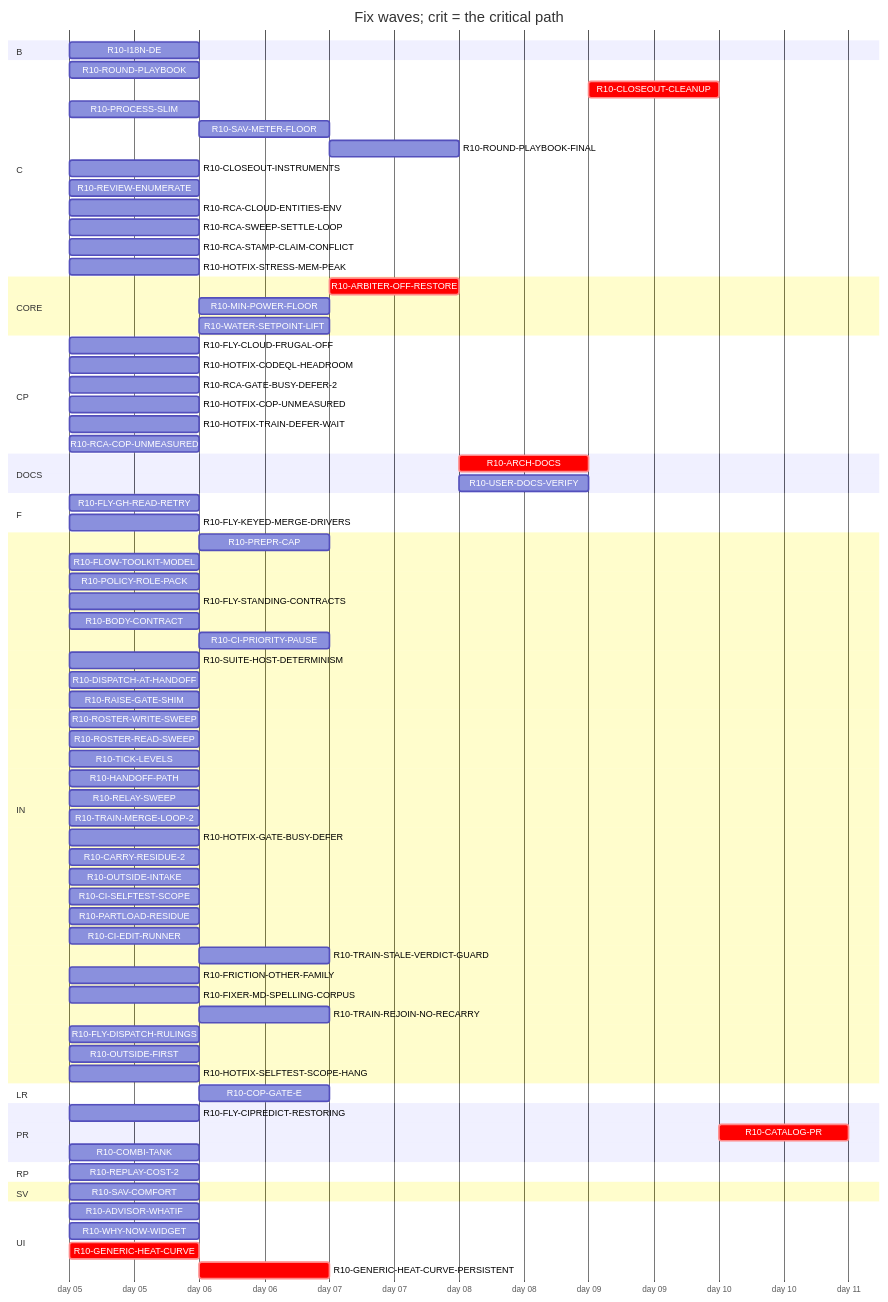
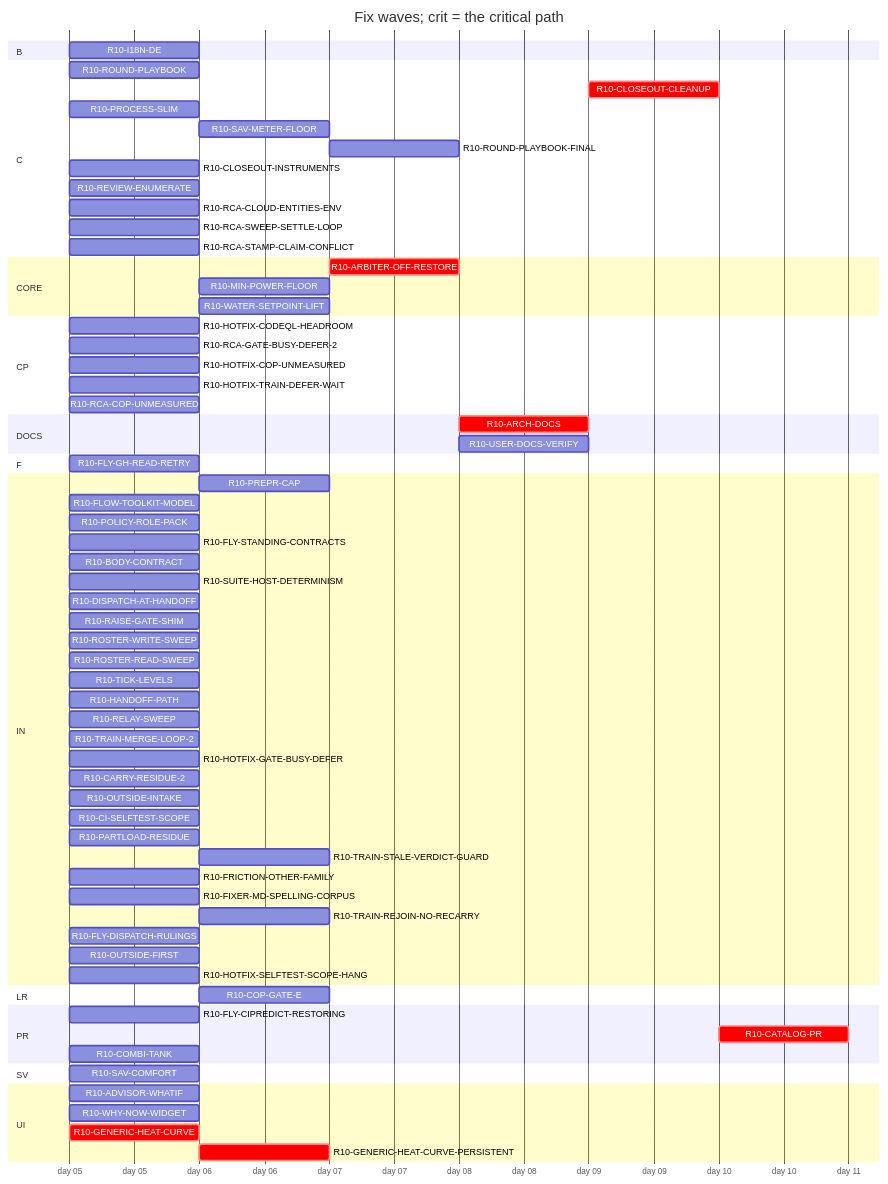
One commit to tvofi/heatpump_optimizer changed the diagram in handoff/round10/state/PLAN-TABLE.md. Above: the diagram before and after it, drawn with Mermaid. The commit also changed other lines of this file and 3 other files, not shown here.

Commit message:
state: FLOW-BOARD.md, NEXT-SESSION-PROMPT.md, PLAN-TABLE.md, RESUME-CURRENT.md regenerated (state_docs.py)

````diff
--- a/handoff/round10/state/PLAN-TABLE.md
+++ b/handoff/round10/state/PLAN-TABLE.md
@@ -25,81 +24,74 @@
 ```mermaid
 gantt
   title Fix waves; crit = the critical path
   dateFormat YYYY-MM-DD
   axisFormat day %d
   section B
     R10-I18N-DE :r10I18NDE, 2026-01-05, 1d
   section C
     R10-ROUND-PLAYBOOK :r10ROUNDPLAYBOOK, 2026-01-05, 1d
     R10-CLOSEOUT-CLEANUP :crit, r10CLOSEOUTCLEANUP, after r10ARCHDOCS r10USERDOCSVERIFY r10ROUNDPLAYBOOKFINAL r10CLOSEOUTINSTRUMENTS r10RCAGATEBUSYDEFER2 r10RCACOPUNMEASURED r10FRICTIONOTHERFAMILY, 1d
     R10-PROCESS-SLIM :r10PROCESSSLIM, 2026-01-05, 1d
     R10-SAV-METER-FLOOR :r10SAVMETERFLOOR, after r10SAVCOMFORT, 1d
     R10-ROUND-PLAYBOOK-FINAL :r10ROUNDPLAYBOOKFINAL, after r10PREPRCAP r10HANDOFFPATH r10RELAYSWEEP r10DISPATCHATHANDOFF r10BODYCONTRACT r10TICKLEVELS r10ROSTERWRITESWEEP r10ROSTERREADSWEEP r10FLYSTANDINGCONTRACTS r10POLICYROLEPACK r10FLOWTOOLKITMODEL r10FLYCIPREDICTRESTORING r10RAISEGATESHIM r10FLYGHREADRETRY r10SUITEHOSTDETERMINISM r10ROUNDPLAYBOOK r10PROCESSSLIM r10TRAINMERGELOOP2 r10HOTFIXGATEBUSYDEFER r10CARRYRESIDUE2 r10HOTFIXCODEQLHEADROOM r10OUTSIDEINTAKE r10HOTFIXTRAINDEFERWAIT r10CISELFTESTSCOPE r10TRAINSTALEVERDICTGUARD r10CLOSEOUTINSTRUMENTS r10FRICTIONOTHERFAMILY r10FIXERMDSPELLINGCORPUS, 1d
     R10-CLOSEOUT-INSTRUMENTS :r10CLOSEOUTINSTRUMENTS, 2026-01-05, 1d
     R10-REVIEW-ENUMERATE :r10REVIEWENUMERATE, 2026-01-05, 1d
     R10-RCA-CLOUD-ENTITIES-ENV :r10RCACLOUDENTITIESENV, 2026-01-05, 1d
     R10-RCA-SWEEP-SETTLE-LOOP :r10RCASWEEPSETTLELOOP, 2026-01-05, 1d
     R10-RCA-STAMP-CLAIM-CONFLICT :r10RCASTAMPCLAIMCONFLICT, 2026-01-05, 1d
-    R10-HOTFIX-STRESS-MEM-PEAK :r10HOTFIXSTRESSMEMPEAK, 2026-01-05, 1d
   section CORE
     R10-ARBITER-OFF-RESTORE :crit, r10ARBITEROFFRESTORE, after r10GENERICHEATCURVE r10GENERICHEATCURVEPERSISTENT r10WATERSETPOINTLIFT, 1d
     R10-MIN-POWER-FLOOR :r10MINPOWERFLOOR, after r10HOTFIXCOPUNMEASURED r10GENERICHEATCURVE, 1d
     R10-WATER-SETPOINT-LIFT :r10WATERSETPOINTLIFT, after r10GENERICHEATCURVE, 1d
   section CP
-    R10-FLY-CLOUD-FRUGAL-OFF :r10FLYCLOUDFRUGALOFF, 2026-01-05, 1d
     R10-HOTFIX-CODEQL-HEADROOM :r10HOTFIXCODEQLHEADROOM, 2026-01-05, 1d
     R10-RCA-GATE-BUSY-DEFER-2 :r10RCAGATEBUSYDEFER2, 2026-01-05, 1d
     R10-HOTFIX-COP-UNMEASURED :r10HOTFIXCOPUNMEASURED, 2026-01-05, 1d
     R10-HOTFIX-TRAIN-DEFER-WAIT :r10HOTFIXTRAINDEFERWAIT, 2026-01-05, 1d
     R10-RCA-COP-UNMEASURED :r10RCACOPUNMEASURED, 2026-01-05, 1d
   section DOCS
     R10-ARCH-DOCS :crit, r10ARCHDOCS, after r10SAVCOMFORT r10WHYNOWWIDGET r10ADVISORWHATIF r10PREPRCAP r10HANDOFFPATH r10RELAYSWEEP r10DISPATCHATHANDOFF r10BODYCONTRACT r10TICKLEVELS r10ROSTERWRITESWEEP r10ROSTERREADSWEEP r10FLYSTANDINGCONTRACTS r10POLICYROLEPACK r10FLOWTOOLKITMODEL r10FLYCIPREDICTRESTORING r10RAISEGATESHIM r10FLYGHREADRETRY r10SUITEHOSTDETERMINISM r10PROCESSSLIM r10SAVMETERFLOOR r10HOTFIXCOPUNMEASURED r10COPGATEE r10PARTLOADRESIDUE r10I18NDE r10GENERICHEATCURVE r10GENERICHEATCURVEPERSISTENT r10ARBITEROFFRESTORE r10TRAINMERGELOOP2 r10HOTFIXGATEBUSYDEFER r10CARRYRESIDUE2 r10HOTFIXCODEQLHEADROOM r10OUTSIDEINTAKE r10HOTFIXTRAINDEFERWAIT r10CISELFTESTSCOPE r10TRAINSTALEVERDICTGUARD r10COMBITANK r10CLOSEOUTINSTRUMENTS r10MINPOWERFLOOR r10ROUNDPLAYBOOK r10RCAGATEBUSYDEFER2 r10FRICTIONOTHERFAMILY r10RCACOPUNMEASURED, 1d
     R10-USER-DOCS-VERIFY :r10USERDOCSVERIFY, after r10SAVCOMFORT r10WHYNOWWIDGET r10ADVISORWHATIF r10SAVMETERFLOOR r10HOTFIXCOPUNMEASURED r10COPGATEE r10PARTLOADRESIDUE r10I18NDE r10GENERICHEATCURVE r10GENERICHEATCURVEPERSISTENT r10ARBITEROFFRESTORE r10COMBITANK r10MINPOWERFLOOR, 1d
   section F
     R10-FLY-GH-READ-RETRY :r10FLYGHREADRETRY, 2026-01-05, 1d
-    R10-FLY-KEYED-MERGE-DRIVERS :r10FLYKEYEDMERGEDRIVERS, 2026-01-05, 1d
   section IN
     R10-PREPR-CAP :r10PREPRCAP, after r10PROCESSSLIM, 1d
     R10-FLOW-TOOLKIT-MODEL :r10FLOWTOOLKITMODEL, 2026-01-05, 1d
     R10-POLICY-ROLE-PACK :r10POLICYROLEPACK, 2026-01-05, 1d
     R10-FLY-STANDING-CONTRACTS :r10FLYSTANDINGCONTRACTS, 2026-01-05, 1d
     R10-BODY-CONTRACT :r10BODYCONTRACT, 2026-01-05, 1d
-    R10-CI-PRIORITY-PAUSE :r10CIPRIORITYPAUSE, after r10TICKLEVELS r10OUTSIDEFIRST, 1d
     R10-SUITE-HOST-DETERMINISM :r10SUITEHOSTDETERMINISM, 2026-01-05, 1d
     R10-DISPATCH-AT-HANDOFF :r10DISPATCHATHANDOFF, 2026-01-05, 1d
     R10-RAISE-GATE-SHIM :r10RAISEGATESHIM, 2026-01-05, 1d
     R10-ROSTER-WRITE-SWEEP :r10ROSTERWRITESWEEP, 2026-01-05, 1d
     R10-ROSTER-READ-SWEEP :r10ROSTERREADSWEEP, 2026-01-05, 1d
     R10-TICK-LEVELS :r10TICKLEVELS, 2026-01-05, 1d
     R10-HANDOFF-PATH :r10HANDOFFPATH, 2026-01-05, 1d
     R10-RELAY-SWEEP :r10RELAYSWEEP, 2026-01-05, 1d
     R10-TRAIN-MERGE-LOOP-2 :r10TRAINMERGELOOP2, 2026-01-05, 1d
     R10-HOTFIX-GATE-BUSY-DEFER :r10HOTFIXGATEBUSYDEFER, 2026-01-05, 1d
     R10-CARRY-RESIDUE-2 :r10CARRYRESIDUE2, 2026-01-05, 1d
     R10-OUTSIDE-INTAKE :r10OUTSIDEINTAKE, 2026-01-05, 1d
     R10-CI-SELFTEST-SCOPE :r10CISELFTESTSCOPE, 2026-01-05, 1d
     R10-PARTLOAD-RESIDUE :r10PARTLOADRESIDUE, 2026-01-05, 1d
-    R10-CI-EDIT-RUNNER :r10CIEDITRUNNER, 2026-01-05, 1d
     R10-TRAIN-STALE-VERDICT-GUARD :r10TRAINSTALEVERDICTGUARD, after r10TRAINMERGELOOP2, 1d
     R10-FRICTION-OTHER-FAMILY :r10FRICTIONOTHERFAMILY, 2026-01-05, 1d
     R10-FIXER-MD-SPELLING-CORPUS :r10FIXERMDSPELLINGCORPUS, 2026-01-05, 1d
     R10-TRAIN-REJOIN-NO-RECARRY :r10TRAINREJOINNORECARRY, after r10HOTFIXTRAINDEFERWAIT r10TRAINMERGELOOP2, 1d
     R10-FLY-DISPATCH-RULINGS :r10FLYDISPATCHRULINGS, 2026-01-05, 1d
     R10-OUTSIDE-FIRST :r10OUTSIDEFIRST, 2026-01-05, 1d
     R10-HOTFIX-SELFTEST-SCOPE-HANG :r10HOTFIXSELFTESTSCOPEHANG, 2026-01-05, 1d
   section LR
     R10-COP-GATE-E :r10COPGATEE, after r10HOTFIXCOPUNMEASURED, 1d
   section PR
     R10-FLY-CIPREDICT-RESTORING :r10FLYCIPREDICTRESTORING, 2026-01-05, 1d
     R10-CATALOG-PR :crit, r10CATALOGPR, after r10USERDOCSVERIFY r10ARCHDOCS r10ROUNDPLAYBOOKFINAL r10CLOSEOUTCLEANUP, 1d
     R10-COMBI-TANK :r10COMBITANK, 2026-01-05, 1d
-  section RP
-    R10-REPLAY-COST-2 :r10REPLAYCOST2, 2026-01-05, 1d
   section SV
     R10-SAV-COMFORT :r10SAVCOMFORT, 2026-01-05, 1d
   section UI
     R10-ADVISOR-WHATIF :r10ADVISORWHATIF, 2026-01-05, 1d
     R10-WHY-NOW-WIDGET :r10WHYNOWWIDGET, 2026-01-05, 1d
     R10-GENERIC-HEAT-CURVE :crit, r10GENERICHEATCURVE, 2026-01-05, 1d
     R10-GENERIC-HEAT-CURVE-PERSISTENT :crit, r10GENERICHEATCURVEPERSISTENT, after r10GENERICHEATCURVE, 1d
 ```
````
